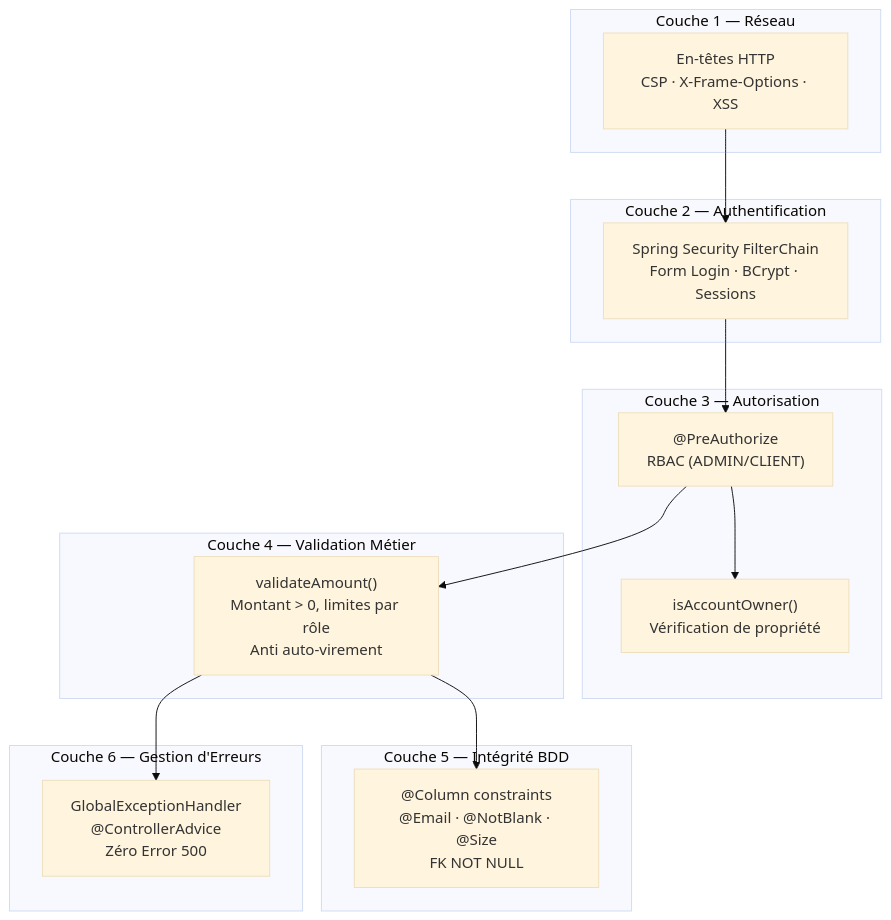
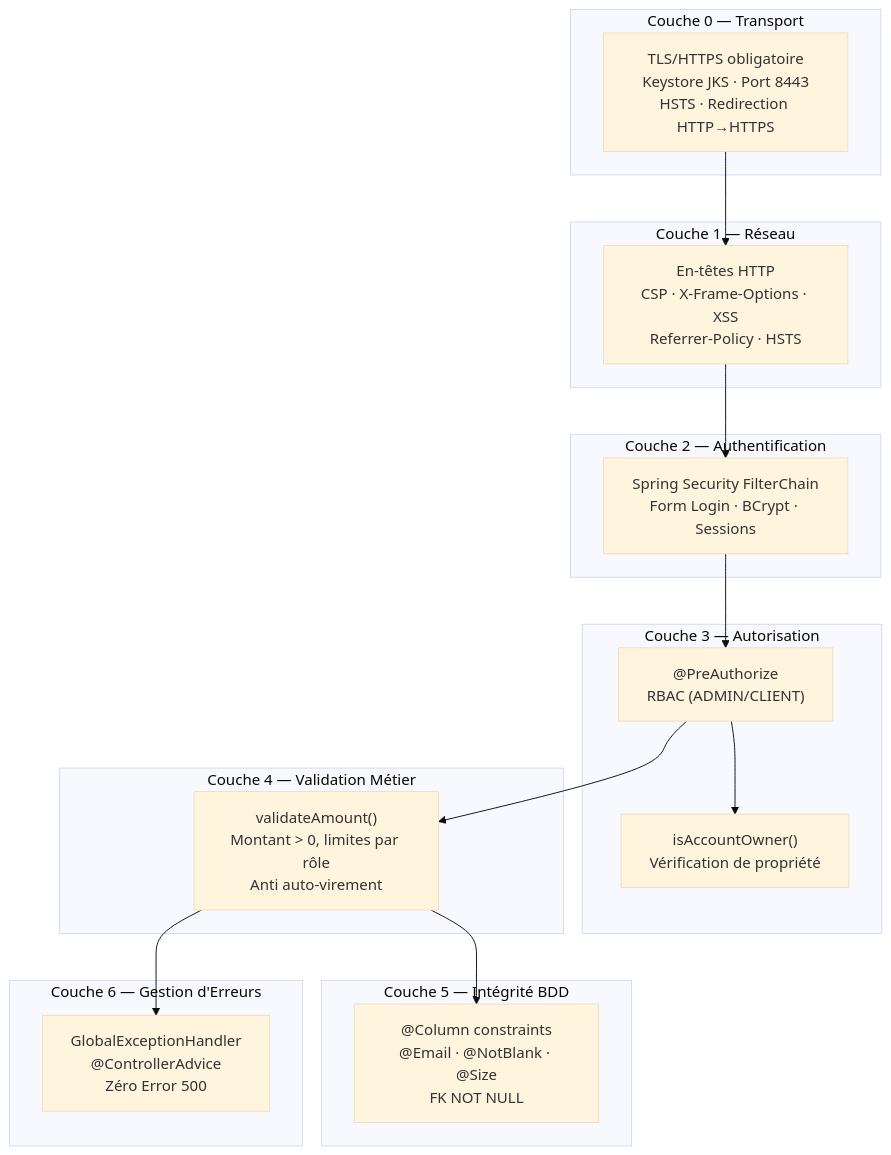
Before and after one commit to Urushin/projet-bank-secu-devsec: the seventh of 10 diagrams in RAPPORT_MIGRATION_SPRING.md, drawn with Mermaid (base theme). The commit also changed other lines of this file and 5 other files, not shown here.

Commit message:
feat: enforce HTTPS across the project - SSL/TLS configuration with keystore JKS on port 8443 - HTTP to HTTPS redirect (8080 -> 8443) - requiresChannel().requiresSecure() in Spring Security - HSTS and Referrer-Policy headers added - Updated rapport with HTTPS documentation

````diff
--- a/RAPPORT_MIGRATION_SPRING.md
+++ b/RAPPORT_MIGRATION_SPRING.md
@@ -424,26 +465,29 @@
 ```mermaid
 graph TB
+    subgraph "Couche 0 — Transport"
+        L0["TLS/HTTPS obligatoire<br/>Keystore JKS · Port 8443<br/>HSTS · Redirection HTTP→HTTPS"]
+    end
     subgraph "Couche 1 — Réseau"
-        L1["En-têtes HTTP<br/>CSP · X-Frame-Options · XSS"]
+        L1["En-têtes HTTP<br/>CSP · X-Frame-Options · XSS<br/>Referrer-Policy · HSTS"]
     end
     subgraph "Couche 2 — Authentification"
         L2["Spring Security FilterChain<br/>Form Login · BCrypt · Sessions"]
     end
     subgraph "Couche 3 — Autorisation"
         L3["@PreAuthorize<br/>RBAC (ADMIN/CLIENT)"]
         L3b["isAccountOwner()<br/>Vérification de propriété"]
     end
     subgraph "Couche 4 — Validation Métier"
         L4["validateAmount()<br/>Montant > 0, limites par rôle<br/>Anti auto-virement"]
     end
     subgraph "Couche 5 — Intégrité BDD"
         L5["@Column constraints<br/>@Email · @NotBlank · @Size<br/>FK NOT NULL"]
     end
     subgraph "Couche 6 — Gestion d'Erreurs"
         L6["GlobalExceptionHandler<br/>@ControllerAdvice<br/>Zéro Error 500"]
     end
 
-    L1 --> L2 --> L3 --> L4 --> L5
+    L0 --> L1 --> L2 --> L3 --> L4 --> L5
     L3 --> L3b
     L4 --> L6
 ```
````
